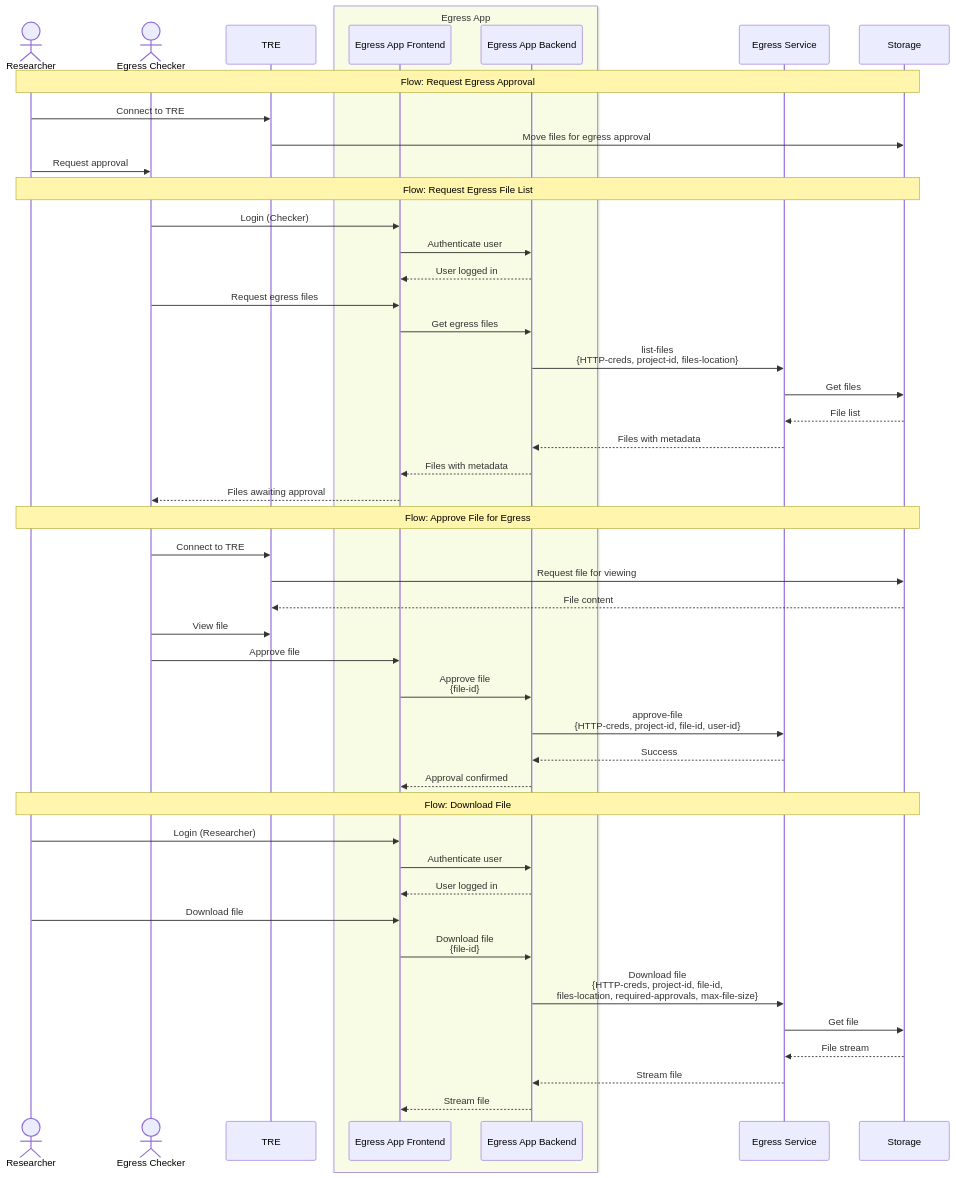
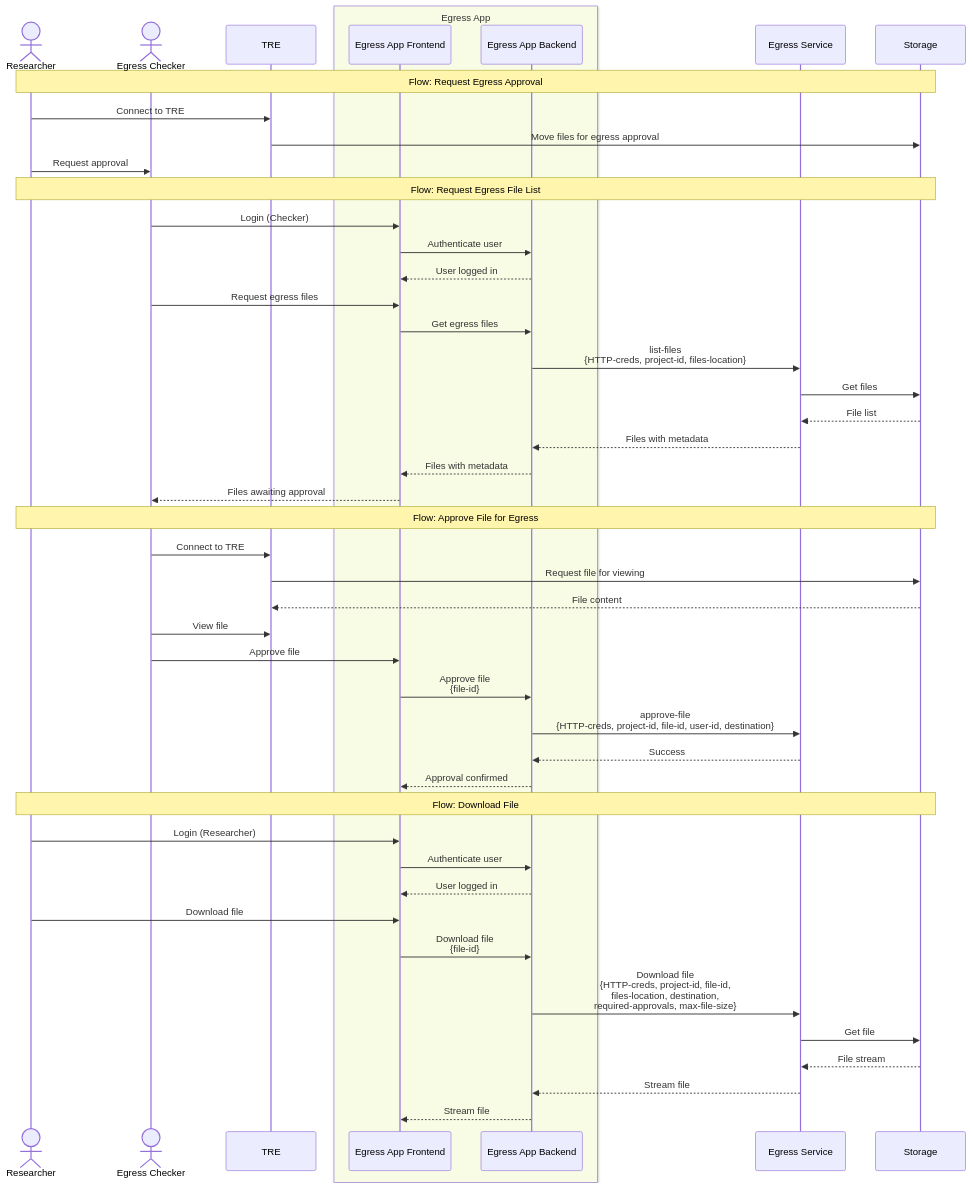
Before and after one commit to ucl-arc-tre/egress: the first of 2 diagrams in docs/context/README.md, drawn with Mermaid. The commit also changed 20 other files, not shown here.

First line of the commit message:
Add destination field to API and database schema (#56)

````diff
--- a/docs/context/README.md
+++ b/docs/context/README.md
@@ -11,59 +11,59 @@
 ```mermaid
 sequenceDiagram
     actor researcher as Researcher
     actor checker as Egress Checker
     participant tre as TRE
     box rgb(248,252,228) Egress App
         participant frontend as Egress App Frontend
         participant backend as Egress App Backend
     end
     participant egress as Egress Service
     participant S3 as Storage
 
     Note over researcher,S3: Flow: Request Egress Approval
 
     researcher->>tre: Connect to TRE
     tre->>S3: Move files for egress approval
     researcher->>checker: Request approval
 
     Note over researcher,S3: Flow: Request Egress File List
 
     checker->>frontend: Login (Checker)
     frontend->>backend: Authenticate user
     backend-->>frontend: User logged in
 
     checker->>frontend: Request egress files
     frontend->>backend: Get egress files
     backend->>egress: list-files<br/>{HTTP-creds, project-id, files-location}
     egress->>S3: Get files
     S3-->>egress: File list
     egress-->>backend: Files with metadata
     backend-->>frontend: Files with metadata
     frontend-->>checker: Files awaiting approval
 
     Note over researcher,S3: Flow: Approve File for Egress
 
     checker->>tre: Connect to TRE
     tre->>S3: Request file for viewing
     S3-->>tre: File content
     checker->>tre: View file
     checker->>frontend: Approve file
     frontend->>backend: Approve file<br/>{file-id}
-    backend->>egress: approve-file<br/>{HTTP-creds, project-id, file-id, user-id}
+    backend->>egress: approve-file<br/>{HTTP-creds, project-id, file-id, user-id, destination}
     egress-->>backend: Success
     backend-->>frontend: Approval confirmed
 
     Note over researcher,S3: Flow: Download File
 
     researcher->>frontend: Login (Researcher)
     frontend->>backend: Authenticate user
     backend-->>frontend: User logged in
 
     researcher->>frontend: Download file
     frontend->>backend: Download file<br/>{file-id}
-    backend->>egress: Download file<br/>{HTTP-creds, project-id, file-id,<br/>files-location, required-approvals, max-file-size}
+    backend->>egress: Download file<br/>{HTTP-creds, project-id, file-id,<br/>files-location, destination,<br/>required-approvals, max-file-size}
     egress->>S3: Get file
     S3-->>egress: File stream
     egress-->>backend: Stream file
     backend-->>frontend: Stream file
 ```
````
